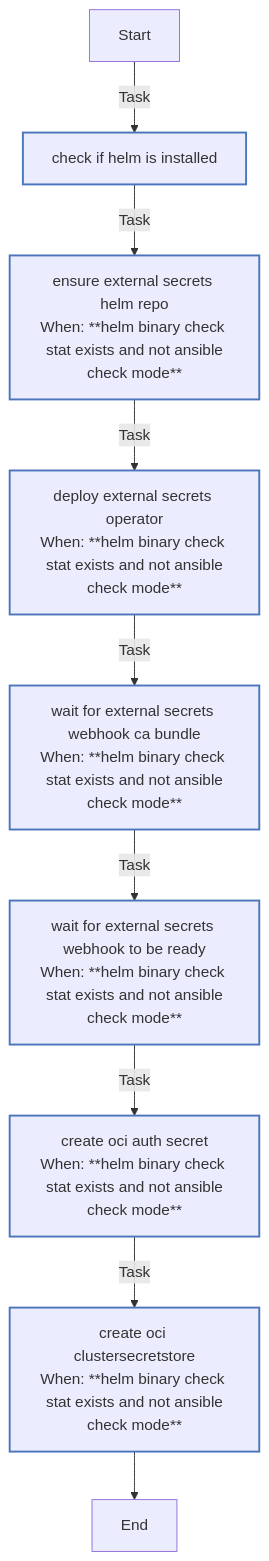
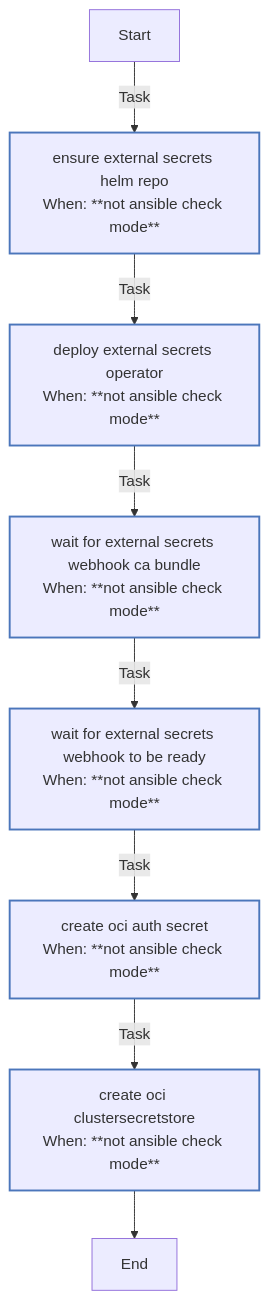
Before and after one commit to rou-cru/k3s-homelab: the diagram in roles/external_secrets/README.md, drawn with Mermaid. The commit also changed other lines of this file and 23 other files, not shown here.

````diff
--- a/roles/external_secrets/README.md
+++ b/roles/external_secrets/README.md
@@ -131,21 +130,20 @@
 ```mermaid
 flowchart TD
 Start
 classDef block stroke:#3498db,stroke-width:2px;
 classDef task stroke:#4b76bb,stroke-width:2px;
 classDef includeTasks stroke:#16a085,stroke-width:2px;
 classDef importTasks stroke:#34495e,stroke-width:2px;
 classDef includeRole stroke:#2980b9,stroke-width:2px;
 classDef importRole stroke:#699ba7,stroke-width:2px;
 classDef includeVars stroke:#8e44ad,stroke-width:2px;
 classDef rescue stroke:#665352,stroke-width:2px;
 
-  Start-->|Task| Check_if_Helm_is_installed0[check if helm is installed]:::task
-  Check_if_Helm_is_installed0-->|Task| Ensure_External_Secrets_Helm_repo1[ensure external secrets helm repo<br>When: **helm binary check stat exists and not ansible<br>check mode**]:::task
-  Ensure_External_Secrets_Helm_repo1-->|Task| Deploy_External_Secrets_Operator2[deploy external secrets operator<br>When: **helm binary check stat exists and not ansible<br>check mode**]:::task
-  Deploy_External_Secrets_Operator2-->|Task| Wait_for_external_secrets_webhook_CA_bundle3[wait for external secrets webhook ca bundle<br>When: **helm binary check stat exists and not ansible<br>check mode**]:::task
-  Wait_for_external_secrets_webhook_CA_bundle3-->|Task| Wait_for_external_secrets_webhook_to_be_ready4[wait for external secrets webhook to be ready<br>When: **helm binary check stat exists and not ansible<br>check mode**]:::task
-  Wait_for_external_secrets_webhook_to_be_ready4-->|Task| Create_OCI_Auth_Secret5[create oci auth secret<br>When: **helm binary check stat exists and not ansible<br>check mode**]:::task
-  Create_OCI_Auth_Secret5-->|Task| Create_OCI_ClusterSecretStore6[create oci clustersecretstore<br>When: **helm binary check stat exists and not ansible<br>check mode**]:::task
-  Create_OCI_ClusterSecretStore6-->End
+  Start-->|Task| Ensure_External_Secrets_Helm_repo0[ensure external secrets helm repo<br>When: **not ansible check mode**]:::task
+  Ensure_External_Secrets_Helm_repo0-->|Task| Deploy_External_Secrets_Operator1[deploy external secrets operator<br>When: **not ansible check mode**]:::task
+  Deploy_External_Secrets_Operator1-->|Task| Wait_for_external_secrets_webhook_CA_bundle2[wait for external secrets webhook ca bundle<br>When: **not ansible check mode**]:::task
+  Wait_for_external_secrets_webhook_CA_bundle2-->|Task| Wait_for_external_secrets_webhook_to_be_ready3[wait for external secrets webhook to be ready<br>When: **not ansible check mode**]:::task
+  Wait_for_external_secrets_webhook_to_be_ready3-->|Task| Create_OCI_Auth_Secret4[create oci auth secret<br>When: **not ansible check mode**]:::task
+  Create_OCI_Auth_Secret4-->|Task| Create_OCI_ClusterSecretStore5[create oci clustersecretstore<br>When: **not ansible check mode**]:::task
+  Create_OCI_ClusterSecretStore5-->End
 ```
````
